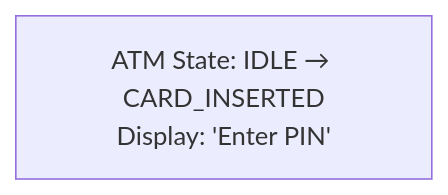
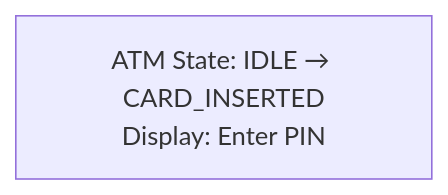
The fourth of 13 diagrams in Phase-08-Low-Level-Design/04-atm-system/03-simulation-testing.md (Prateeshtalasu/SystemDesignGuide), drawn with Mermaid before and after one commit. The commit also changed other lines of this file and 171 other files, not shown here.

Commit message:
Convert ASCII diagrams to Mermaid in Phase-08-Low-Level-Design - Converted 2 ASCII diagrams (library-management state transition, elevator-system class diagram) to Mermaid - Validated all 100 existing Mermaid diagrams - Wrapped ASCII diagrams in collapsible details blocks for reference

````diff
--- a/Phase-08-Low-Level-Design/04-atm-system/03-simulation-testing.md
+++ b/Phase-08-Low-Level-Design/04-atm-system/03-simulation-testing.md
@@ -155,4 +155,4 @@
 ```mermaid
 flowchart TD
-    A["ATM State: IDLE → CARD_INSERTED<br/>Display: 'Enter PIN'"]
+    A["ATM State: IDLE → CARD_INSERTED<br/>Display: Enter PIN"]
 ```
````
